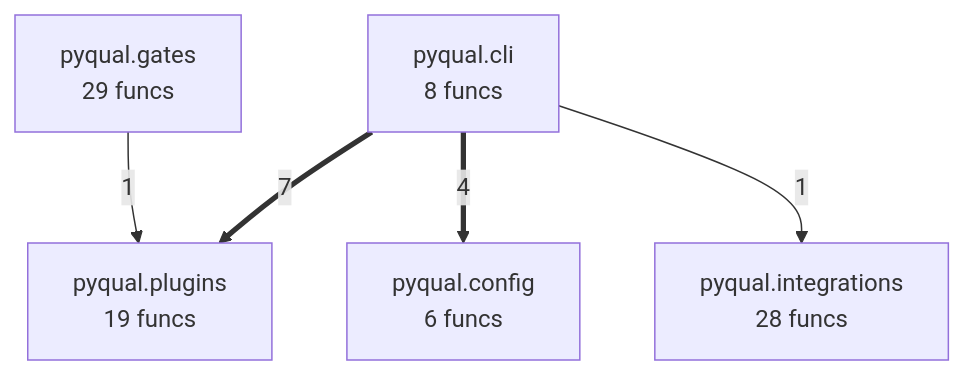
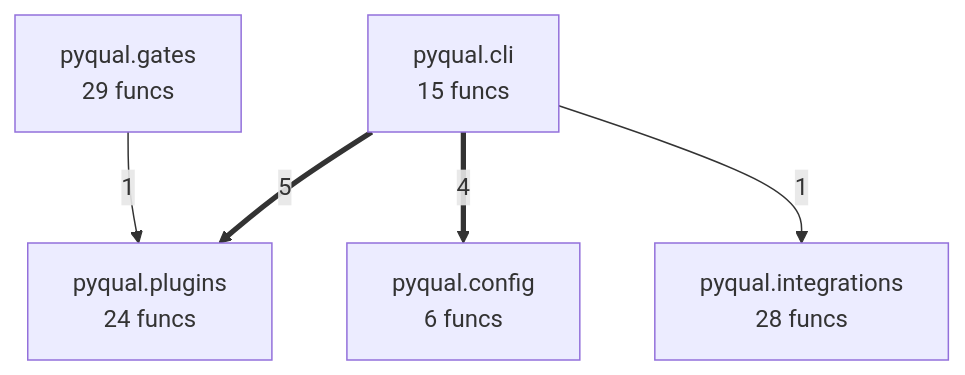
The diagram in project/compact_flow.mmd (semcod/pyqual), drawn with Mermaid before and after one commit. The commit also changed 22 other files, not shown here.

```diff
--- a/project/compact_flow.mmd
+++ b/project/compact_flow.mmd
@@ -1,10 +1,10 @@
 flowchart TD
-    pyqual__cli["pyqual.cli<br/>8 funcs"]
+    pyqual__cli["pyqual.cli<br/>15 funcs"]
     pyqual__config["pyqual.config<br/>6 funcs"]
     pyqual__gates["pyqual.gates<br/>29 funcs"]
     pyqual__integrations["pyqual.integrations<br/>28 funcs"]
-    pyqual__plugins["pyqual.plugins<br/>19 funcs"]
-    pyqual__cli ==>|7| pyqual__plugins
+    pyqual__plugins["pyqual.plugins<br/>24 funcs"]
+    pyqual__cli ==>|5| pyqual__plugins
     pyqual__cli ==>|4| pyqual__config
     pyqual__cli -->|1| pyqual__integrations
     pyqual__gates -->|1| pyqual__plugins
```
